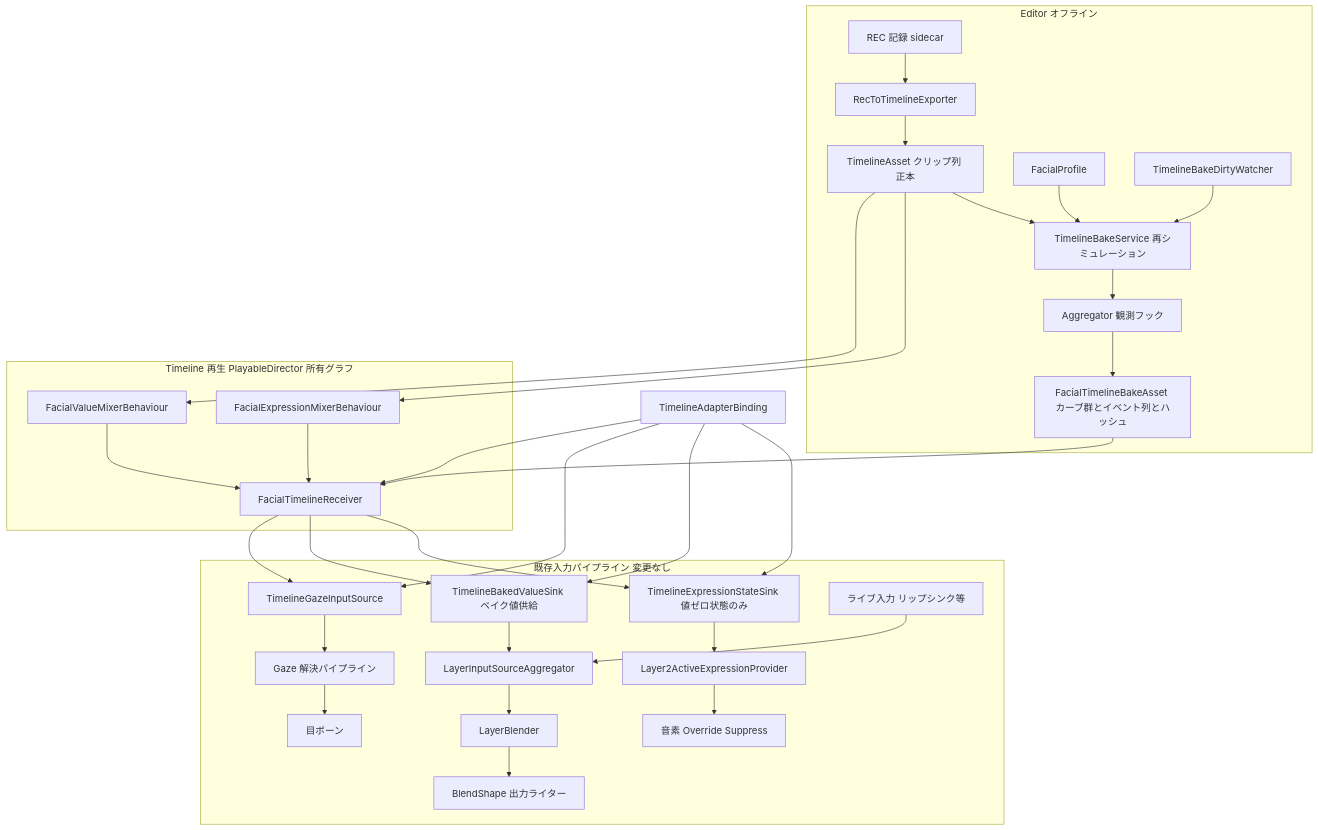
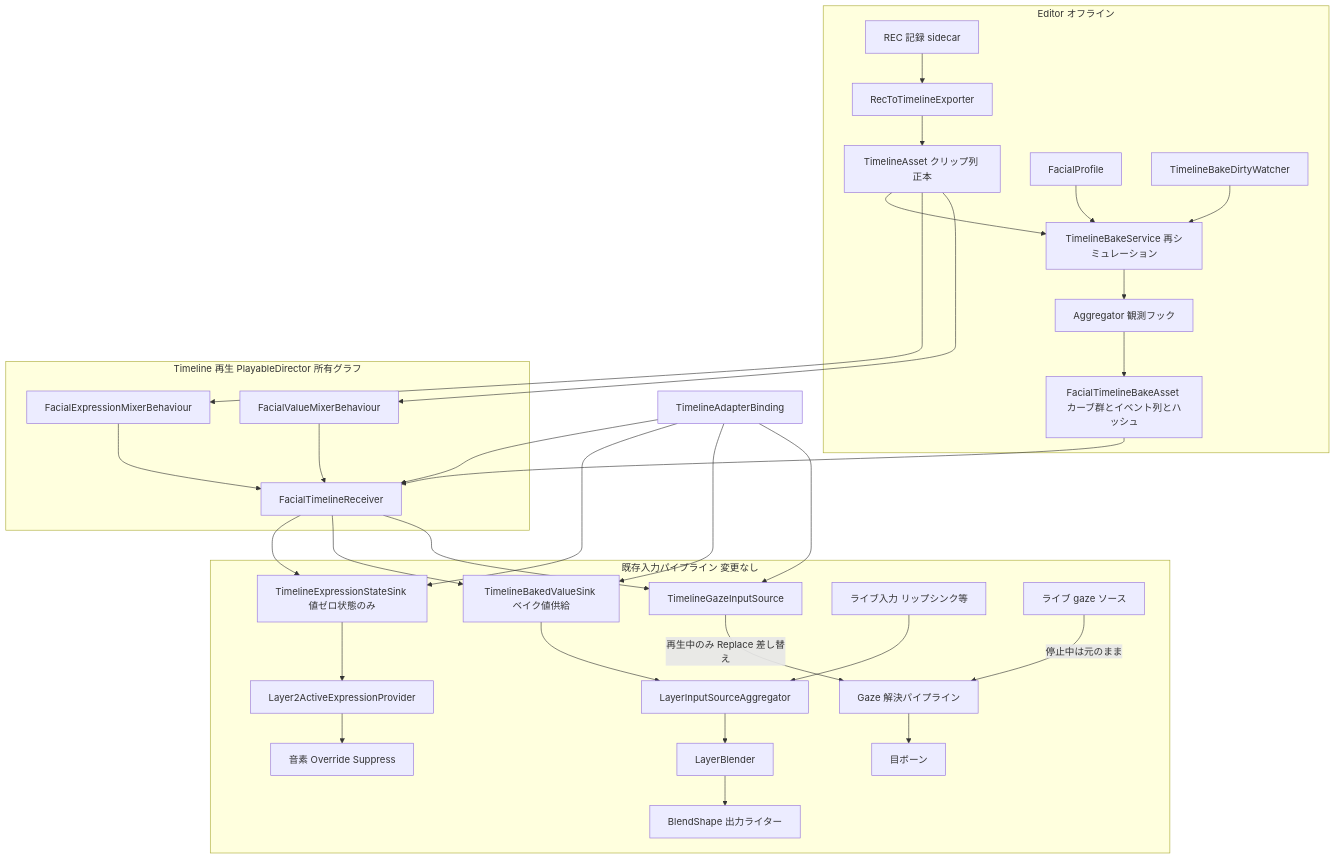
Before and after one commit to NHidano/FacialControl: the first of 4 diagrams in .kiro/specs/rec-timeline-baking/design.md, drawn with Mermaid. The commit also changed other lines of this file and 3 other files, not shown here.

````diff
--- a/.kiro/specs/rec-timeline-baking/design.md
+++ b/.kiro/specs/rec-timeline-baking/design.md
@@ -62,39 +66,40 @@
 ```mermaid
 graph TB
     subgraph EditorOffline[Editor オフライン]
         RecData[REC 記録 sidecar] --> Exporter[RecToTimelineExporter]
         Exporter --> TL[TimelineAsset クリップ列 正本]
         TL --> BakeSvc[TimelineBakeService 再シミュレーション]
         Profile[FacialProfile] --> BakeSvc
         BakeSvc --> Hook[Aggregator 観測フック]
         Hook --> BakeAsset[FacialTimelineBakeAsset カーブ群とイベント列とハッシュ]
         Watcher[TimelineBakeDirtyWatcher] --> BakeSvc
     end
 
     subgraph TimelineRuntime[Timeline 再生 PlayableDirector 所有グラフ]
         TL --> ExprMixer[FacialExpressionMixerBehaviour]
         TL --> ValMixer[FacialValueMixerBehaviour]
         BakeAsset --> Receiver
         ExprMixer --> Receiver[FacialTimelineReceiver]
         ValMixer --> Receiver
     end
 
     subgraph InputPipeline[既存入力パイプライン 変更なし]
         Receiver --> StateSink[TimelineExpressionStateSink 値ゼロ状態のみ]
         Receiver --> ValueSink[TimelineBakedValueSink ベイク値供給]
         Receiver --> GazeSink[TimelineGazeInputSource]
         StateSink --> Provider[Layer2ActiveExpressionProvider]
         Provider --> Overlay[音素 Override Suppress]
         ValueSink --> Agg[LayerInputSourceAggregator]
         LipSync[ライブ入力 リップシンク等] --> Agg
         Agg --> Blender[LayerBlender]
         Blender --> Writer[BlendShape 出力ライター]
-        GazeSink --> GazeResolve[Gaze 解決パイプライン]
+        GazeSink -->|再生中のみ Replace 差し替え| GazeResolve[Gaze 解決パイプライン]
+        LiveGaze[ライブ gaze ソース] -->|停止中は元のまま| GazeResolve
         GazeResolve --> EyeBones[目ボーン]
     end
 
     Binding[TimelineAdapterBinding] --> StateSink
     Binding --> ValueSink
     Binding --> GazeSink
     Binding --> Receiver
 ```
````
